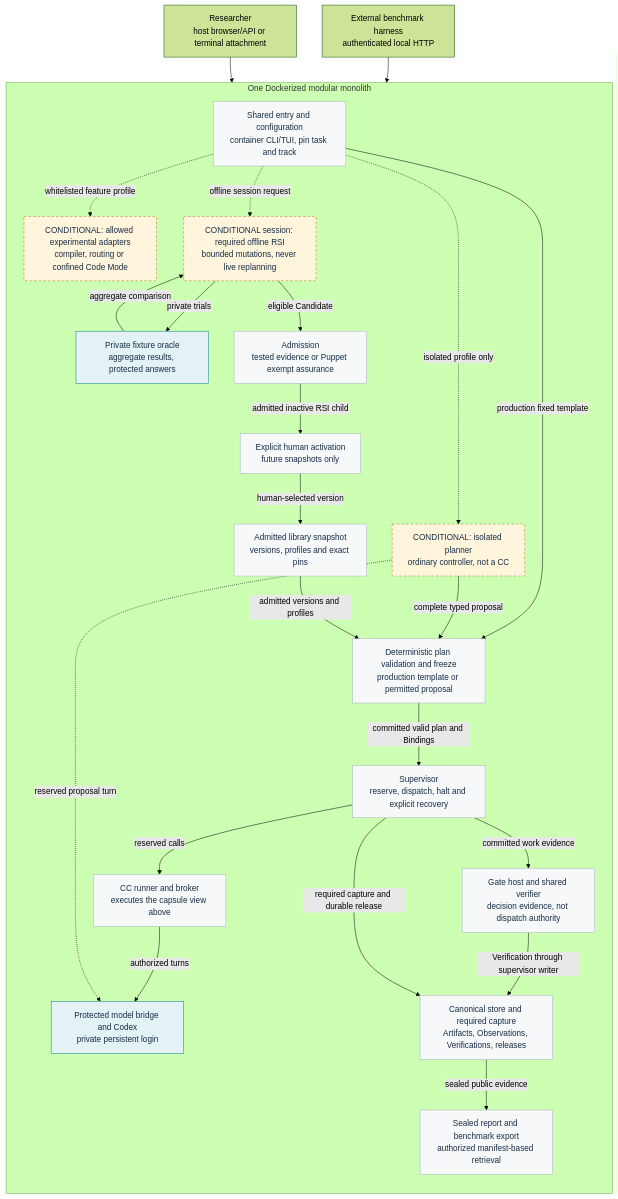
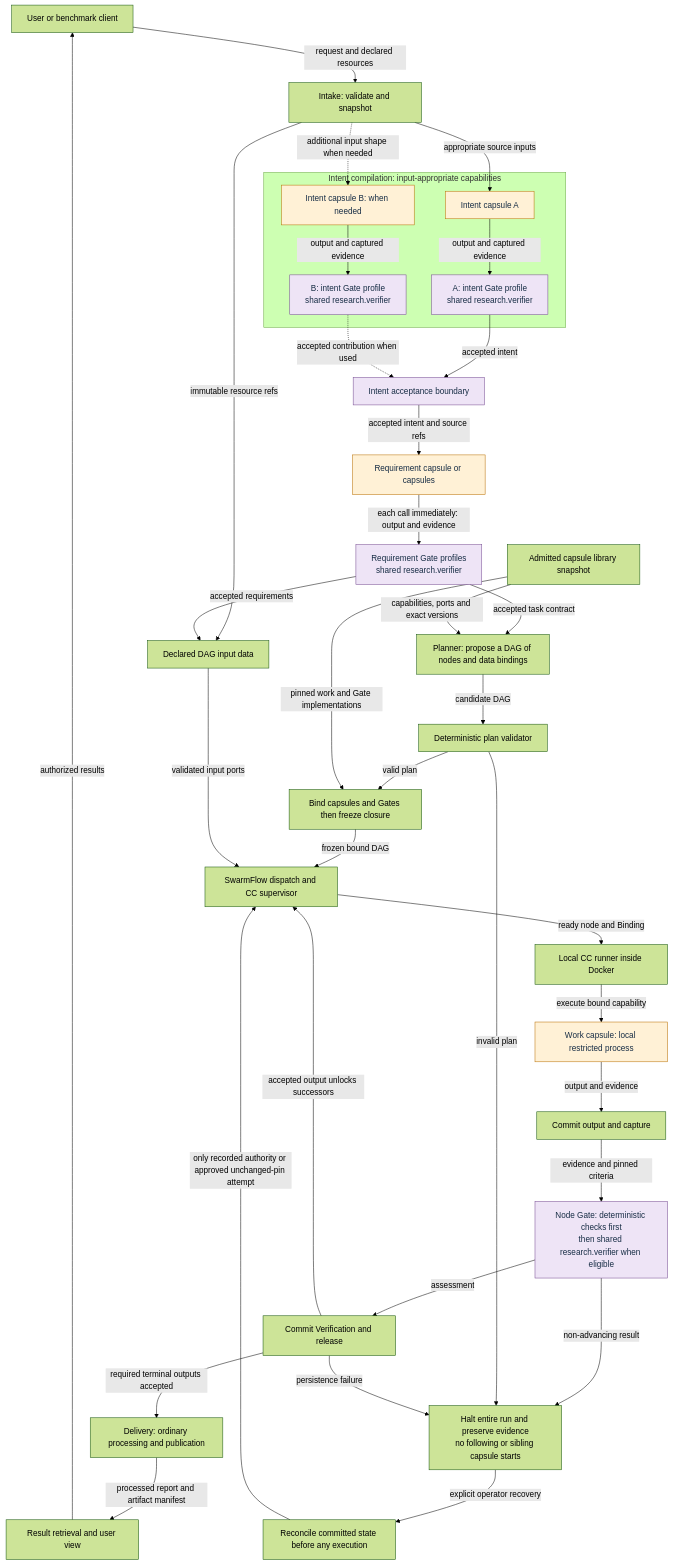
Before and after one commit to Stellven/jiuwenswarm: the diagram in docs/architecture/presentation/showcase/presentation.md, drawn with Mermaid (forest theme). The commit also changed other lines of this file and 18 other files, not shown here.

Commit message:
Correct showcase to gated intent and requirements then bound DAG execution

````diff
--- a/docs/architecture/presentation/showcase/presentation.md
+++ b/docs/architecture/presentation/showcase/presentation.md
@@ -25,50 +29,41 @@
 ```mermaid
 flowchart TB
-    USER["Researcher<br/>host browser/API or terminal attachment"]
-    HAR["External benchmark harness<br/>authenticated local HTTP"]
-    subgraph APP["One Dockerized modular monolith"]
-        direction TB
-        ENTRY["Shared entry and configuration<br/>container CLI/TUI, pin task and track"]
-        PLAN["CONDITIONAL: isolated planner<br/>ordinary controller, not a CC"]
-        EXP["CONDITIONAL: allowed experimental adapters<br/>compiler, routing or confined Code Mode"]
-        VALID["Deterministic plan validation and freeze<br/>production template or permitted proposal"]
-        SUP["Supervisor<br/>reserve, dispatch, halt and explicit recovery"]
-        RUN["CC runner and broker<br/>executes the capsule view above"]
-        LIB["Admitted library snapshot<br/>versions, profiles and exact pins"]
-        MODEL["Protected model bridge and Codex<br/>private persistent login"]
-        GATE["Gate host and shared verifier<br/>decision evidence, not dispatch authority"]
-        STORE["Canonical store and required capture<br/>Artifacts, Observations, Verifications, releases"]
-        RSI["CONDITIONAL session: required offline RSI<br/>bounded mutations, never live replanning"]
-        ORACLE["Private fixture oracle<br/>aggregate results, protected answers"]
-        ADMIT["Admission<br/>tested evidence or Puppet exempt assurance"]
-        ACT["Explicit human activation<br/>future snapshots only"]
-        OUT["Sealed report and benchmark export<br/>authorized manifest-based retrieval"]
-        ENTRY -.->|"isolated profile only"| PLAN
-        ENTRY -.->|"whitelisted feature profile"| EXP
-        ENTRY -->|"production fixed template"| VALID
-        PLAN -->|"complete typed proposal"| VALID
-        LIB -->|"admitted versions and profiles"| VALID
-        VALID -->|"committed valid plan and Bindings"| SUP
-        SUP -->|"reserved calls"| RUN
-        RUN -->|"authorized turns"| MODEL
-        PLAN -.->|"reserved proposal turn"| MODEL
-        SUP -->|"committed work evidence"| GATE
-        GATE -->|"Verification through supervisor writer"| STORE
-        SUP -->|"required capture and durable release"| STORE
-        STORE -->|"sealed public evidence"| OUT
-        ENTRY -.->|"offline session request"| RSI
-        RSI -->|"private trials"| ORACLE
-        ORACLE -->|"aggregate comparison"| RSI
-        RSI -->|"eligible Candidate"| ADMIT
-        ADMIT -->|"admitted inactive RSI child"| ACT
-        ACT -->|"human-selected version"| LIB
-    end
-    USER --> ENTRY
-    HAR --> ENTRY
-    classDef ordinary fill:#F6F8FA,stroke:#A5B2BE,color:#172D45;
-    classDef conditional fill:#FFF4DC,stroke:#A87B24,stroke-dasharray:5 4,color:#172D45;
-    classDef protected fill:#E4F2F5,stroke:#087E8B,color:#172D45;
-    class ENTRY,VALID,SUP,RUN,LIB,GATE,STORE,ADMIT,ACT,OUT ordinary;
-    class PLAN,EXP,RSI conditional;
-    class MODEL,ORACLE protected;
+  USER["User or benchmark client"] -->|"request and declared resources"| IN["Intake: validate and snapshot"]
+  subgraph UNDERSTAND["Intent compilation: input-appropriate capabilities"]
+    IC1["Intent capsule A"] -->|"output and captured evidence"| IG1["A: intent Gate profile<br/>shared research.verifier"]
+    IC2["Intent capsule B: when needed"] -->|"output and captured evidence"| IG2["B: intent Gate profile<br/>shared research.verifier"]
+  end
+  IN -->|"appropriate source inputs"| IC1
+  IN -.->|"additional input shape when needed"| IC2
+  IG1 -->|"accepted intent"| IA["Intent acceptance boundary"]
+  IG2 -.->|"accepted contribution when used"| IA
+  IA -->|"accepted intent and source refs"| RC["Requirement capsule or capsules"]
+  RC -->|"each call immediately: output and evidence"| RG["Requirement Gate profiles<br/>shared research.verifier"]
+  RG -->|"accepted task contract"| PLAN["Planner: propose a DAG of nodes and data bindings"]
+  LIB["Admitted capsule library snapshot"] -->|"capabilities, ports and exact versions"| PLAN
+  PLAN -->|"candidate DAG"| VAL["Deterministic plan validator"]
+  VAL -->|"valid plan"| BIND["Bind capsules and Gates then freeze closure"]
+  LIB -->|"pinned work and Gate implementations"| BIND
+  BIND -->|"frozen bound DAG"| DIS["SwarmFlow dispatch and CC supervisor"]
+  IN -->|"immutable resource refs"| DATA["Declared DAG input data"]
+  RG -->|"accepted requirements"| DATA
+  DATA -->|"validated input ports"| DIS
+  DIS -->|"ready node and Binding"| RUN["Local CC runner inside Docker"]
+  RUN -->|"execute bound capability"| CC["Work capsule: local restricted process"]
+  CC -->|"output and evidence"| SAVE["Commit output and capture"]
+  SAVE -->|"evidence and pinned criteria"| GATE["Node Gate: deterministic checks first<br/>then shared research.verifier when eligible"]
+  GATE -->|"assessment"| COMMIT["Commit Verification and release"]
+  COMMIT -->|"accepted output unlocks successors"| DIS
+  COMMIT -->|"required terminal outputs accepted"| PUB["Delivery: ordinary processing and publication"]
+  PUB -->|"processed report and artifact manifest"| VIEW["Result retrieval and user view"]
+  VIEW -->|"authorized results"| USER
+  GATE -->|"non-advancing result"| HALT["Halt entire run and preserve evidence<br/>no following or sibling capsule starts"]
+  VAL -->|"invalid plan"| HALT
+  COMMIT -->|"persistence failure"| HALT
+  HALT -->|"explicit operator recovery"| REC["Reconcile committed state before any execution"]
+  REC -->|"only recorded authority or approved unchanged-pin attempt"| DIS
+  classDef cc fill:#FFF1D6,stroke:#B86E00,color:#172D45;
+  classDef gate fill:#EEE4F6,stroke:#754A91,color:#172D45;
+  class IC1,IC2,RC,CC cc;
+  class IG1,IG2,IA,RG,GATE gate;
 ```
````
